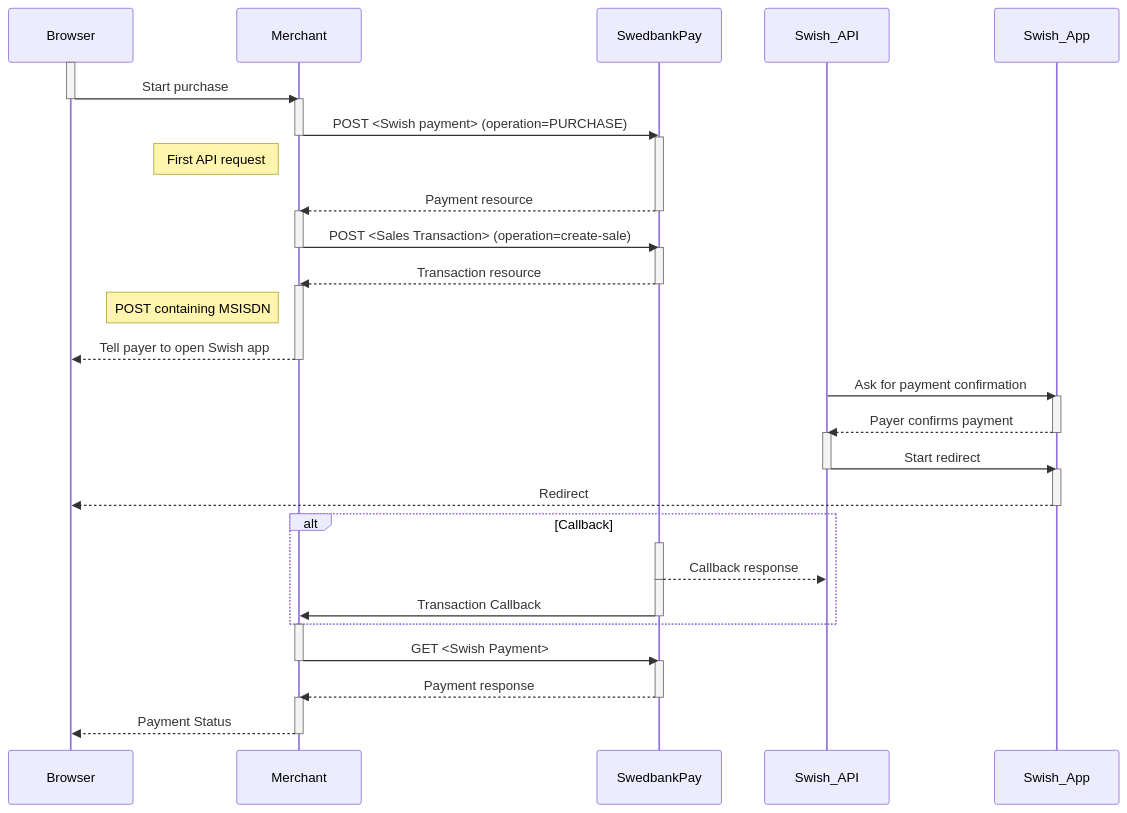
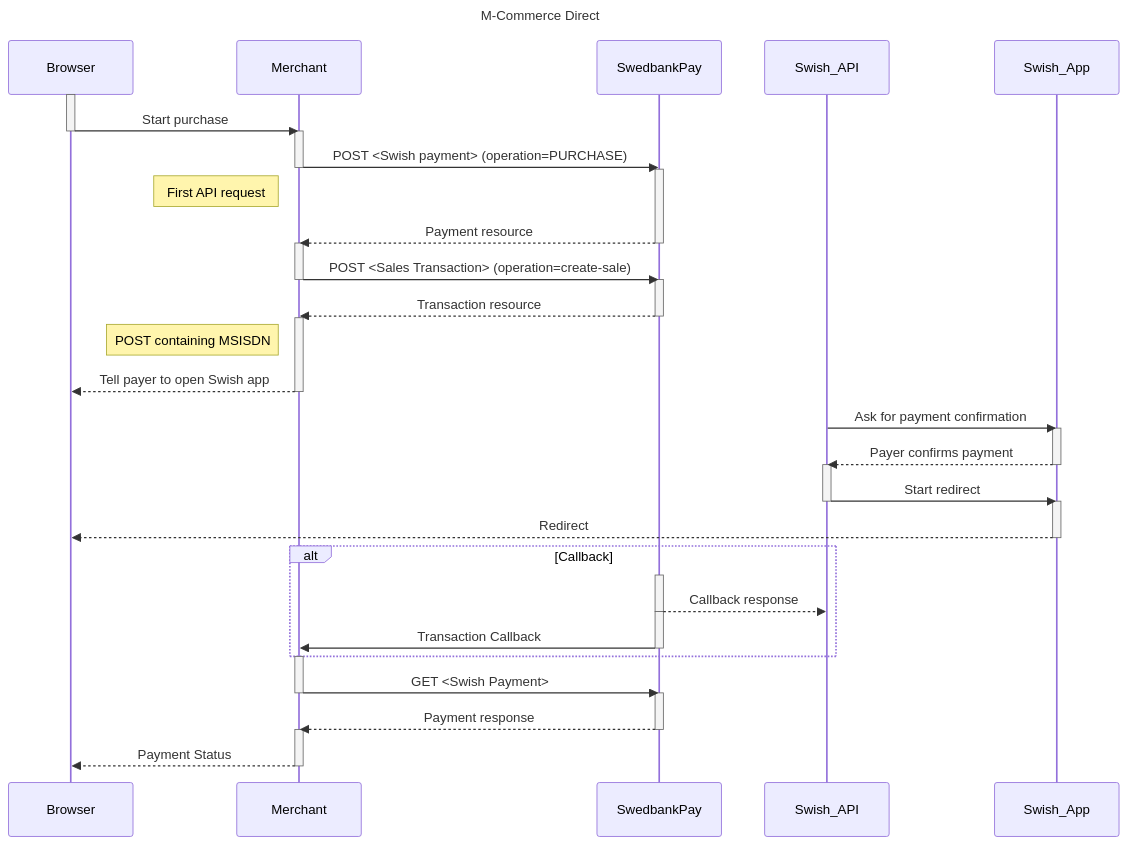
The second of 2 diagrams in old-implementations/payment-instruments-v1/swish/direct.md (SwedbankPay/developer.swedbankpay.com), drawn with Mermaid before and after one commit. The commit also changed other lines of this file and 66 other files, not shown here.

Commit message:
Added titles in sequence diagrams

````diff
--- a/old-implementations/payment-instruments-v1/swish/direct.md
+++ b/old-implementations/payment-instruments-v1/swish/direct.md
@@ -412,38 +413,39 @@
 ```mermaid
 sequenceDiagram
+title: M-Commerce Direct
     activate Browser
     Browser->>-Merchant: Start purchase
     activate Merchant
     Merchant->>-SwedbankPay: POST <Swish payment> (operation=PURCHASE)
     activate  SwedbankPay
     note left of Merchant: First API request
     SwedbankPay-->>-Merchant: Payment resource
     activate Merchant
     Merchant->>- SwedbankPay: POST <Sales Transaction> (operation=create-sale)
     activate  SwedbankPay
     SwedbankPay-->>-Merchant: Transaction resource
     activate Merchant
     note left of Merchant: POST containing MSISDN
     Merchant-->>-Browser: Tell payer to open Swish app
     Swish_API->>Swish_App: Ask for payment confirmation
     activate Swish_App
     Swish_App-->>-Swish_API: Payer confirms payment
     activate Swish_API
     Swish_API->>-Swish_App: Start redirect
     activate Swish_App
     Swish_App-->>-Browser: Redirect
 
         alt Callback
         activate SwedbankPay
         SwedbankPay-->>-Swish_API: Callback response
         activate SwedbankPay
         SwedbankPay->>-Merchant: Transaction Callback
         end
 
     activate Merchant
     Merchant->>- SwedbankPay: GET <Swish Payment>
     activate  SwedbankPay
     SwedbankPay-->>-Merchant: Payment response
     activate Merchant
     Merchant-->>-Browser: Payment Status
 ```
````
